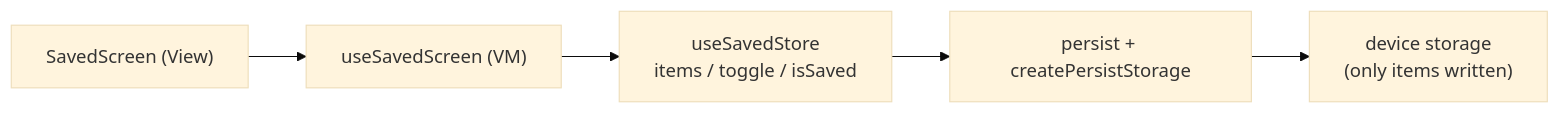
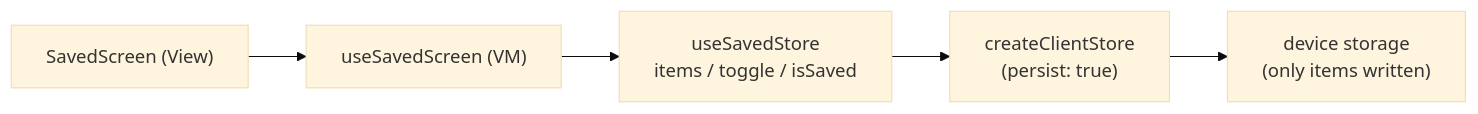
One commit to dev-mahmoud-elshenawy/opticore-news-demo changed the seventh of 12 diagrams in ORIENTATION.md. Above: the diagram before and after it, drawn with Mermaid (base theme). The commit also changed other lines of this file and 2 other files, not shown here.

````diff
--- a/ORIENTATION.md
+++ b/ORIENTATION.md
@@ -133,7 +133,7 @@
 ```mermaid
 flowchart LR
     Sc["SavedScreen (View)"] --> VM["useSavedScreen (VM)"]
     VM --> Z["useSavedStore<br/>items / toggle / isSaved"]
-    Z --> P["persist + createPersistStorage"]
+    Z --> P["createClientStore<br/>(persist: true)"]
     P --> Disk["device storage<br/>(only items written)"]
 ```
````
